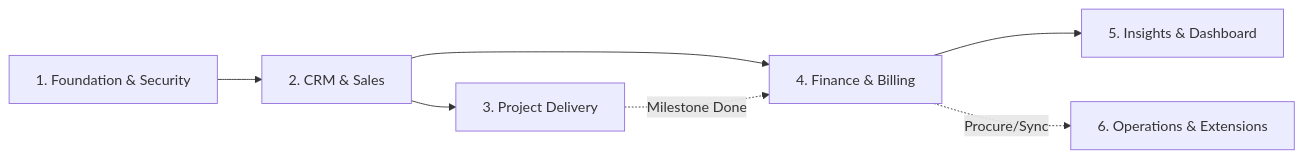
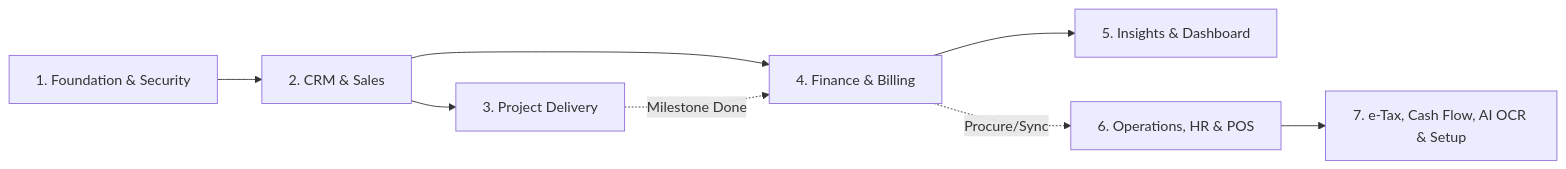
One commit to anuwatm/ERP changed diagram 26 of 26 in document/README.md. Above: the diagram before and after it, drawn with Mermaid. The commit also changed other lines of this file and 150 other files, not shown here.

Commit message:
feat(ui,pos,docs): complete system-wide UI redesign, POS setup wizard, local fonts, and architecture/ER docs

````diff
--- a/document/README.md
+++ b/document/README.md
@@ -817,9 +925,10 @@
 ```mermaid
 flowchart LR
     G1["1. Foundation & Security"] --> G2["2. CRM & Sales"]
     G2 --> G3["3. Project Delivery"]
     G2 --> G4["4. Finance & Billing"]
     G3 -. Milestone Done .-> G4
     G4 --> G5["5. Insights & Dashboard"]
-    G4 -. Procure/Sync .-> G6["6. Operations & Extensions"]
+    G4 -. Procure/Sync .-> G6["6. Operations, HR & POS"]
+    G6 --> G7["7. e-Tax, Cash Flow, AI OCR & Setup"]
 ```
````
